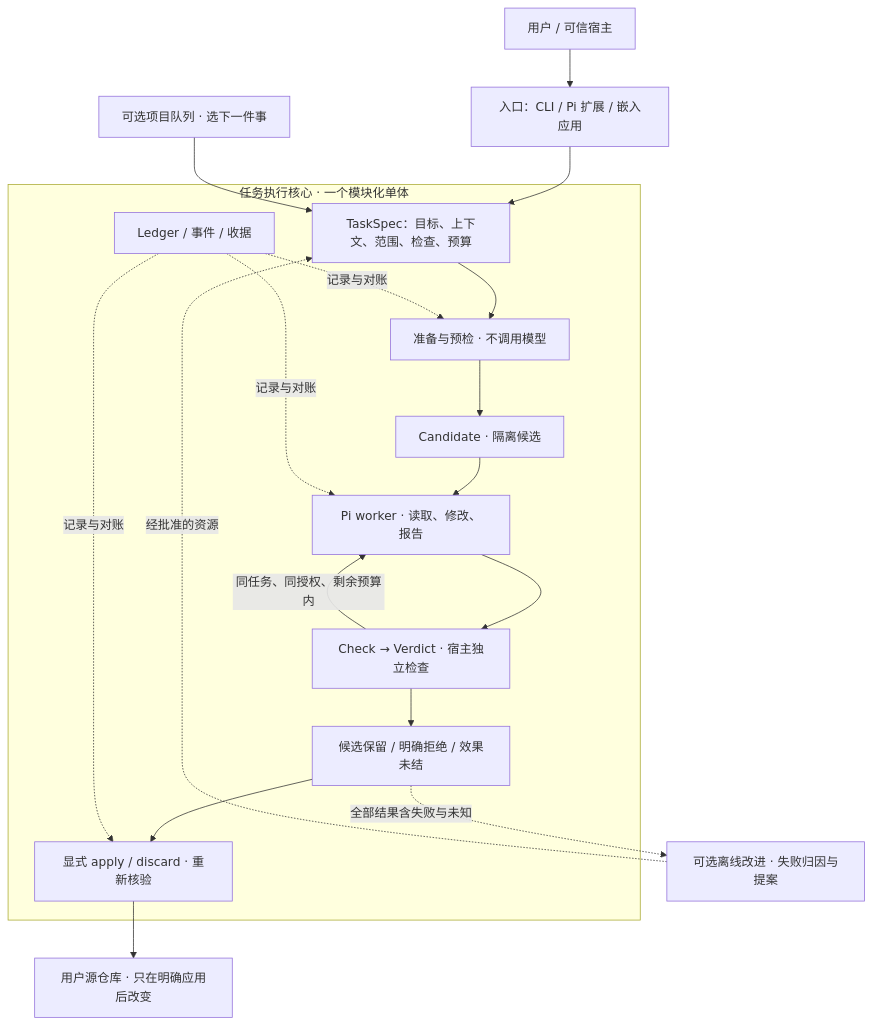
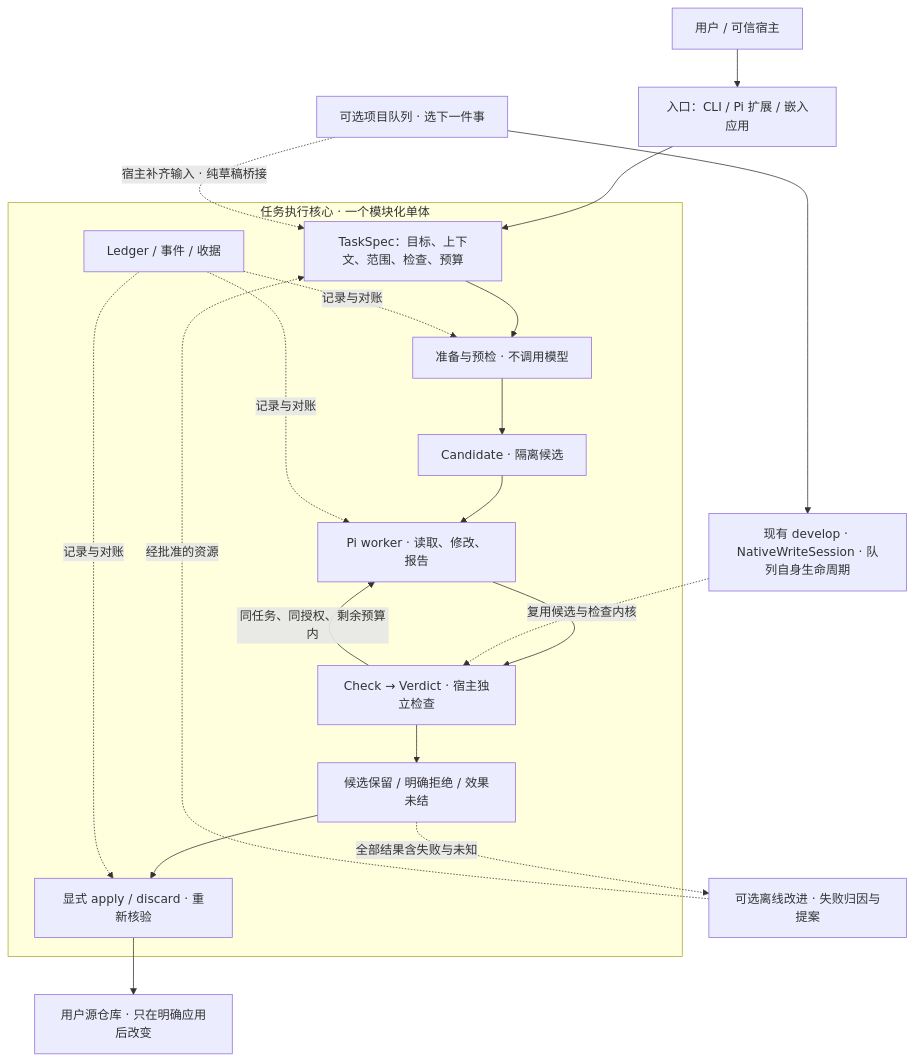
The diagram in docs/framework.md (Xhhemoing/pi-sparkle), drawn with Mermaid before and after one commit. The commit also changed other lines of this file and 11 other files, not shown here.

````diff
--- a/docs/framework.md
+++ b/docs/framework.md
@@ -18,21 +18,23 @@
 ```mermaid
 flowchart TB
   U[用户 / 可信宿主] --> I[入口：CLI / Pi 扩展 / 嵌入应用]
   I --> T[TaskSpec：目标、上下文、范围、检查、预算]
   subgraph CORE[任务执行核心 · 一个模块化单体]
     T --> P[准备与预检 · 不调用模型]
     P --> C[Candidate · 隔离候选]
     C --> W[Pi worker · 读取、修改、报告]
     W --> V[Check → Verdict · 宿主独立检查]
     V -->|同任务、同授权、剩余预算内| W
     V --> D[候选保留 / 明确拒绝 / 效果未结]
     D --> A[显式 apply / discard · 重新核验]
     L[Ledger / 事件 / 收据] -.记录与对账.-> P
     L -.记录与对账.-> W
     L -.记录与对账.-> A
   end
   A --> S[用户源仓库 · 只在明确应用后改变]
-  Q[可选项目队列 · 选下一件事] --> T
+  Q[可选项目队列 · 选下一件事] -.宿主补齐输入 · 纯草稿桥接.-> T
+  Q --> QN[现有 develop · NativeWriteSession · 队列自身生命周期]
+  QN -.复用候选与检查内核.-> V
   O[可选离线改进 · 失败归因与提案] -.经批准的资源.-> T
   D -.全部结果含失败与未知.-> O
 ```
````
